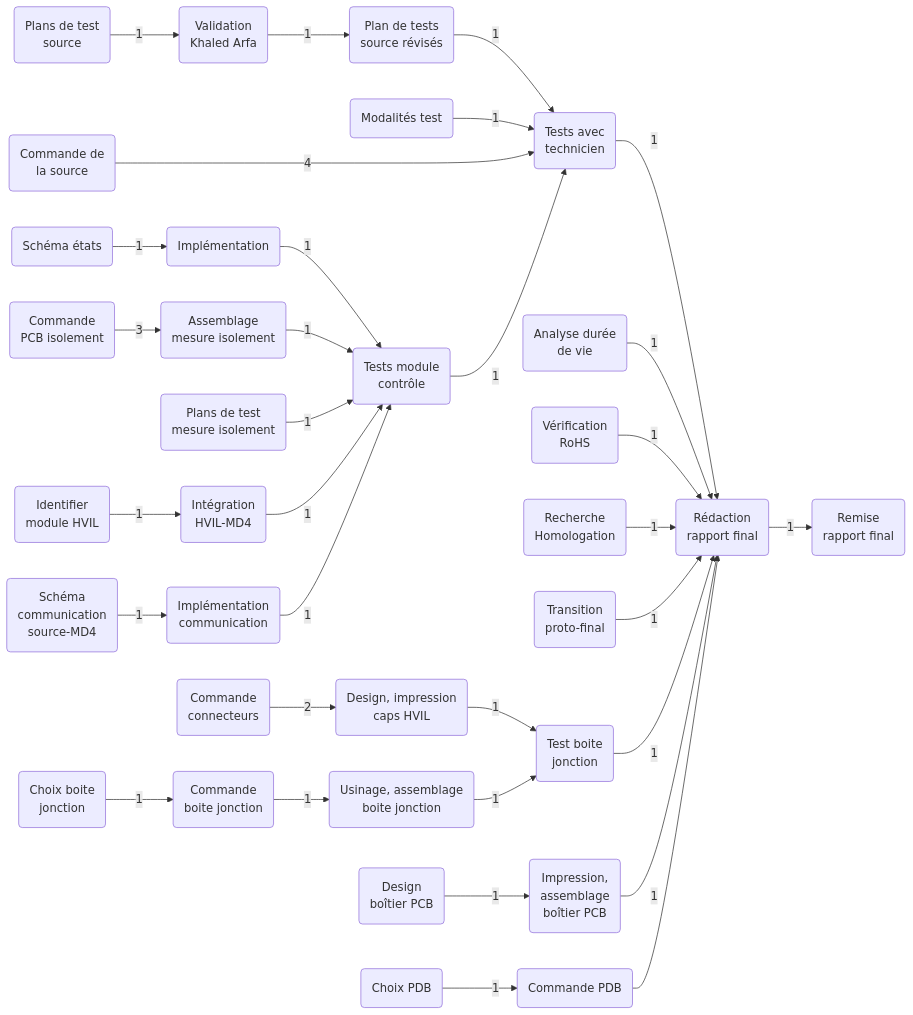
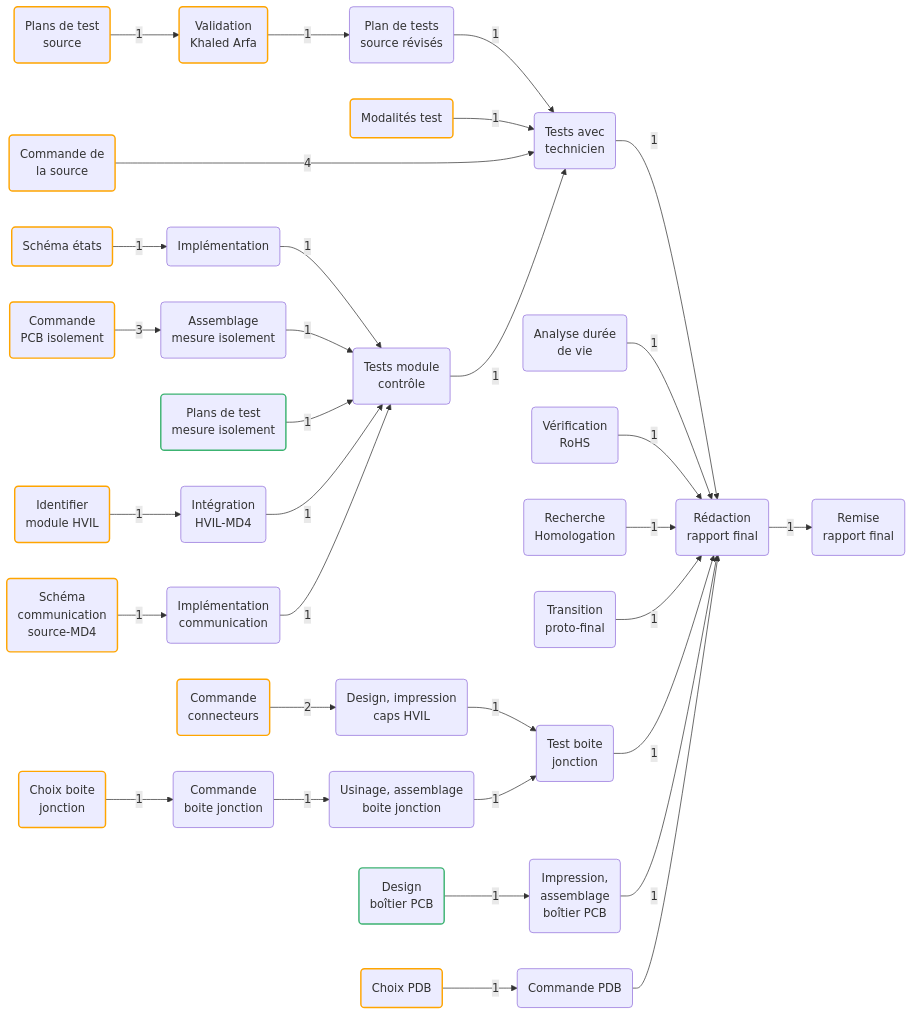
The first of 4 diagrams in README.md (felax/OUTILLAGE), drawn with Mermaid before and after one commit.

````diff
--- a/README.md
+++ b/README.md
@@ -2,39 +2,72 @@
 ``` mermaid
 graph LR
-    A(Plans de test<br>source) --> |1| B(Validation<br>Khaled Arfa)
-    B --> |1| C(Plan de tests <br>source révisés)
-    C --> |1| D(Tests avec<br>technicien)
-    E(Modalités test) --> |1| D
-    F(Commande de <br>la source) ----> |4| D
+    A(Plans de test<br>source):::prog
+    B(Validation<br>Khaled Arfa):::prog
+    C(Plan de tests <br>source révisés)
+    D(Tests avec<br>technicien)
+    E(Modalités test):::prog
+    F(Commande de <br>la source):::prog
+    G(Rédaction <br> rapport final)
+    H(Analyse durée<br>de vie)
+    I(Vérification<br>RoHS)
+    J(Recherche <br> Homologation)
+    K(Transition <br> proto-final)
+    L(Schéma états):::prog
+    M(Implémentation)
+    N(Tests module <br> contrôle)
+    O(Assemblage <br> mesure isolement)
+    P(Plans de test <br> mesure isolement):::done
+    Q(Identifier <br> module HVIL):::prog
+    R(Intégration <br> HVIL-MD4)
+    S(Schéma <br> communication <br> source-MD4):::prog
+    T(Implémentation <br> communication)
+
+    V(Design, impression <br> caps HVIL)
+    W(Usinage, assemblage <br> boite jonction)
+    Y(Test boite <br> jonction)
+    Z(Design <br> boîtier PCB):::done
+
+    a(Impression, <br> assemblage <br> boîtier PCB)
+    b(Choix PDB):::prog
+    c(Commande PDB)
+    e(Choix boite <br>jonction):::prog
+    d(Remise <br> rapport final)
+    f(Commande <br> boite jonction)
+    g(Commande <br> PCB isolement):::prog
+    h(Commande <br> connecteurs):::prog
+    
+    B --> |1| C
+    C --> |1| D
+    E --> |1| D
+    F ----> |4| D
     D --> |1| G
-
-    H(Analyse durée<br>de vie) --> |1| G(Rédaction <br> rapport final)
-    I(Vérification<br>RoHS) --> |1| G
-    J(Recherche <br> Homologation) --> |1| G
-    K(Transition <br> proto-final) --> |1| G
-
-    L(Schéma états) --> |1| M(Implémentation)
-    M --> |1| N(Tests module <br> contrôle)
+    H --> |1| G
+    I --> |1| G
+    J --> |1| G
+    K --> |1| G
+    L --> |1| M
+    M --> |1| N
     N --> |1| D
-    g(Commande <br> PCB isolement) -->|3| O
-    O(Assemblage <br> mesure isolement) --> |1| N
-    P(Plans de test <br> mesure isolement) --> |1| N
-    Q(Identifier <br> module HVIL) --> |1| R(Intégration <br> HVIL-MD4)
+    O --> |1| N
+    P --> |1| N
+    Q --> |1| R
     R --> |1| N
-    S(Schéma <br> communication <br> source-MD4) --> |1| T(Implémentation <br> communication)
+    S --> |1| T
     T --> |1| N
-
-    h(Commande <br> connecteurs) --> |2| V(Design, impression <br> caps HVIL)
-    V --> |1| Y(Test boite <br> jonction)
-    W(Usinage, assemblage <br> boite jonction) --> |1| Y
-    e(Choix boite <br>jonction) --> |1| f(Commande <br> boite jonction)
+    h --> |2| V
+    V --> |1| Y
+    W --> |1| Y
+    e --> |1| f
     f --> |1| W
     Y --> |1| G
+    Z --> |1| a
+    a --> |1| G
+    b --> |1| c
+    c --> G
+    g -->|3| O
+    A --> |1| B
+    G --> |1| d
 
-    Z(Design <br> boîtier PCB) --> |1| a(Impression, <br> assemblage <br> boîtier PCB)
-    a --> |1| G
-    b(Choix PDB) --> |1| c(Commande PDB)
-    c --> G
-
-    G --> |1| d(Remise <br> rapport final)
+classDef done stroke:MediumSeaGreen,stroke-width:2px;
+classDef prog stroke:Orange,stroke-width:2px;
 ```
````
